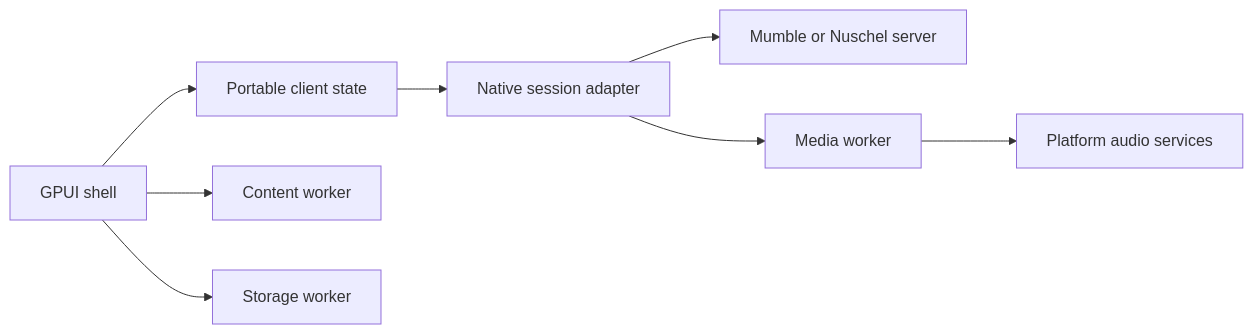
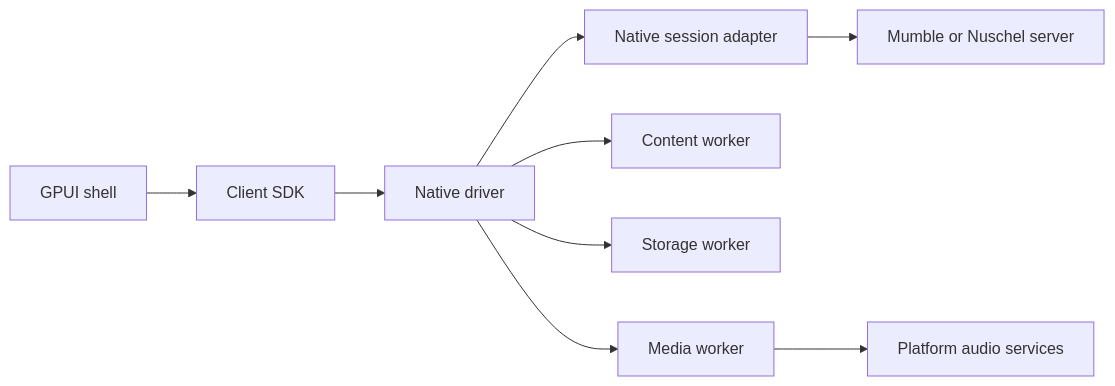
Before and after one commit to ambiso/nuschel: the diagram in docs/architecture.md, drawn with Mermaid. The commit also changed other lines of this file and 2 other files, not shown here.

Commit message:
docs(clients): the SDK as it stands, and what is left to move
docs/clients.md describes the SDK after the extraction: its layers (plain
data in nuschel-core, the wasm-buildable core, the native driver, the app's
own services), modules, the Client's commands, inputs and updates, how a
platform wires it, and what still lives in the desktop, in the order it
should move. architecture.md and TODO.md follow.

````diff
--- a/docs/architecture.md
+++ b/docs/architecture.md
@@ -38,10 +38,11 @@
 ```mermaid
 flowchart LR
-    UI[GPUI shell] --> Client[Portable client state]
-    Client --> Session[Native session adapter]
+    UI[GPUI shell] --> Client[Client SDK]
+    Client --> Driver[Native driver]
+    Driver --> Session[Native session adapter]
     Session --> Server[Mumble or Nuschel server]
-    UI --> Content[Content worker]
-    UI --> Storage[Storage worker]
-    Session --> Media[Media worker]
+    Driver --> Content[Content worker]
+    Driver --> Storage[Storage worker]
+    Driver --> Media[Media worker]
     Media --> Devices[Platform audio services]
 ```
````
